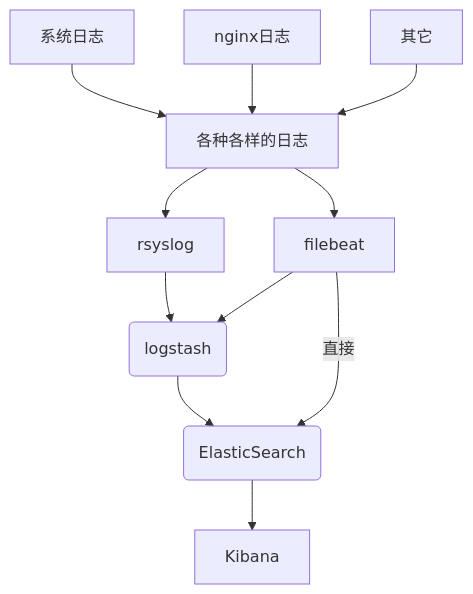
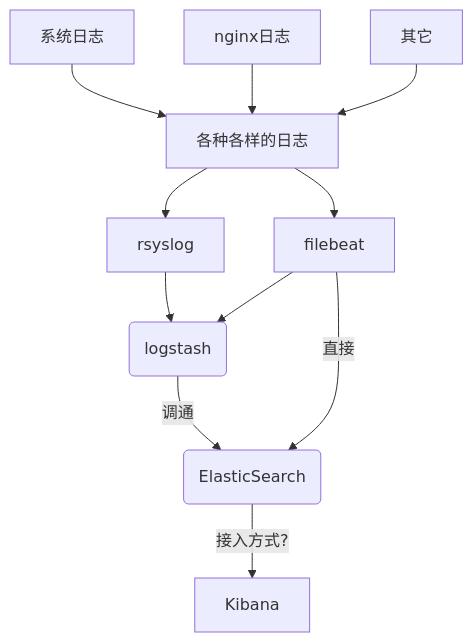
One commit to tuling56/corefs changed the diagram in tools/loganalysis/README.md. Above: the diagram before and after it, drawn with Mermaid. The commit also changed other lines of this file and 12 other files, not shown here.

````diff
--- a/tools/loganalysis/README.md
+++ b/tools/loganalysis/README.md
@@ -18,17 +18,17 @@
 ```mermaid
 graph TD
 A1[系统日志]-->B[各种各样的日志]
 A2[nginx日志]-->B
 A3[其它]-->B
 
 B-->C1[rsyslog]
 B-->C2[filebeat]
 
 C1-->D(logstash)
 C2-->D
 
-D-->E(ElasticSearch)
+D--调通-->E(ElasticSearch)
 C2--直接-->E
 
-E-->F[Kibana]
+E--接入方式?-->F[Kibana]
 ```
````
